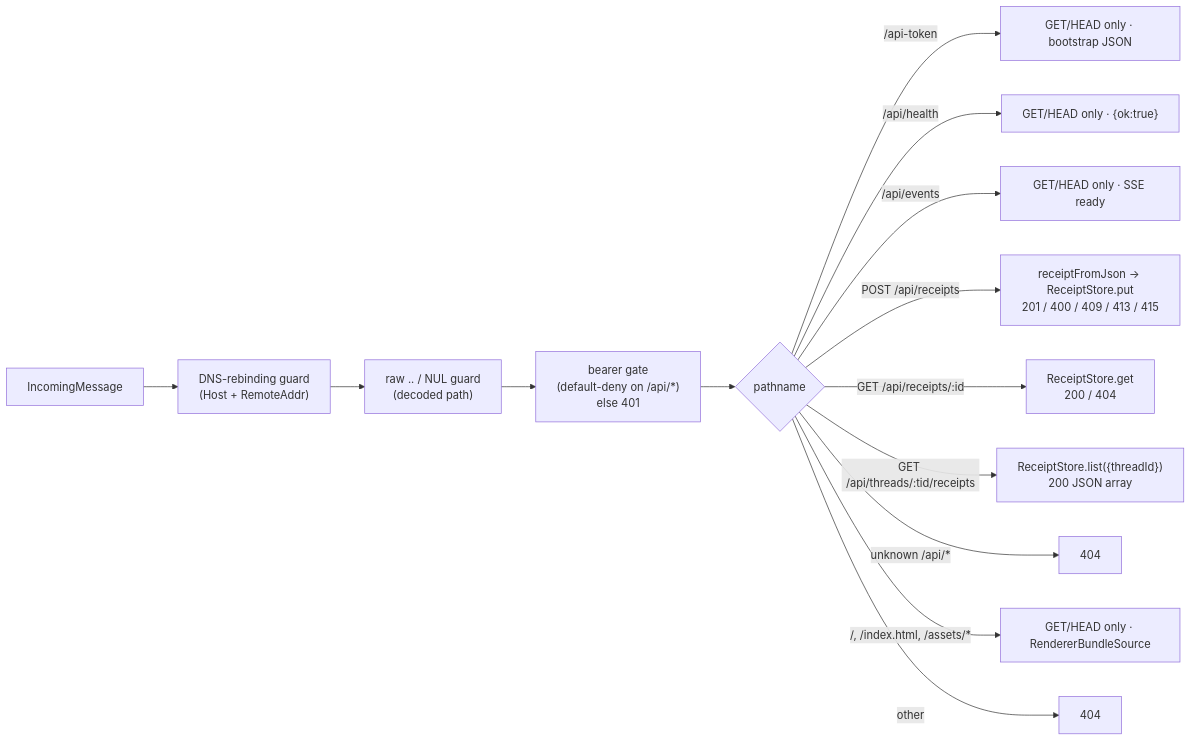
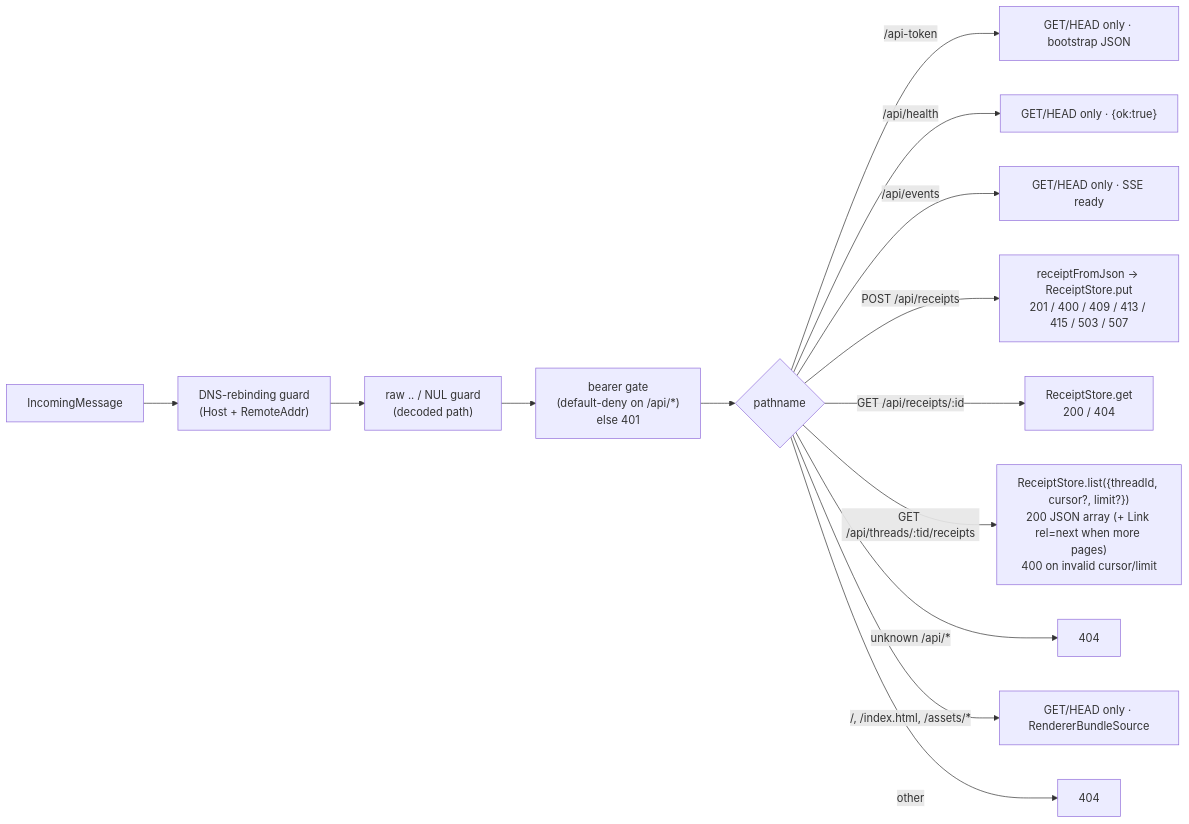
One commit to nex-crm/wuphf changed the diagram in packages/broker/docs/modules/listener.md. Above: the diagram before and after it, drawn with Mermaid. The commit also changed other lines of this file and 18 other files, not shown here.

````diff
--- a/packages/broker/docs/modules/listener.md
+++ b/packages/broker/docs/modules/listener.md
@@ -17,16 +17,16 @@
 ```mermaid
 flowchart LR
   req["IncomingMessage"] --> guard["DNS-rebinding guard<br/>(Host + RemoteAddr)"]
   guard --> traversal["raw .. / NUL guard<br/>(decoded path)"]
   traversal --> auth["bearer gate<br/>(default-deny on /api/*)<br/>else 401"]
   auth --> dispatch{"pathname"}
   dispatch -- "/api-token" --> bootstrap["GET/HEAD only · bootstrap JSON"]
   dispatch -- "/api/health" --> health["GET/HEAD only · {ok:true}"]
   dispatch -- "/api/events" --> events["GET/HEAD only · SSE ready"]
-  dispatch -- "POST /api/receipts" --> create["receiptFromJson → ReceiptStore.put<br/>201 / 400 / 409 / 413 / 415"]
+  dispatch -- "POST /api/receipts" --> create["receiptFromJson → ReceiptStore.put<br/>201 / 400 / 409 / 413 / 415 / 503 / 507"]
   dispatch -- "GET /api/receipts/:id" --> read["ReceiptStore.get<br/>200 / 404"]
-  dispatch -- "GET /api/threads/:tid/receipts" --> list["ReceiptStore.list({threadId})<br/>200 JSON array"]
+  dispatch -- "GET /api/threads/:tid/receipts" --> list["ReceiptStore.list({threadId, cursor?, limit?})<br/>200 JSON array (+ Link rel=next when more pages)<br/>400 on invalid cursor/limit"]
   dispatch -- "unknown /api/*" --> apinotfound["404"]
   dispatch -- "/, /index.html, /assets/*" --> static["GET/HEAD only · RendererBundleSource"]
   dispatch -- "other" --> notfound["404"]
 ```
````
